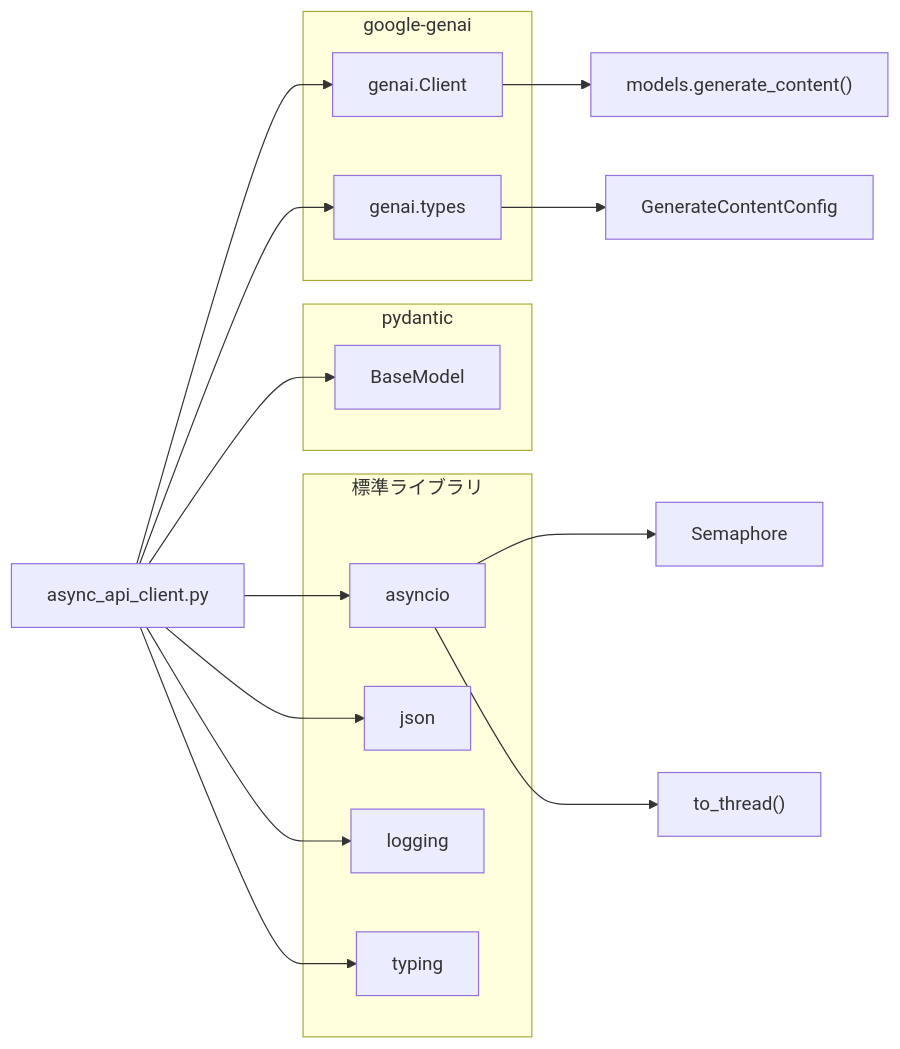
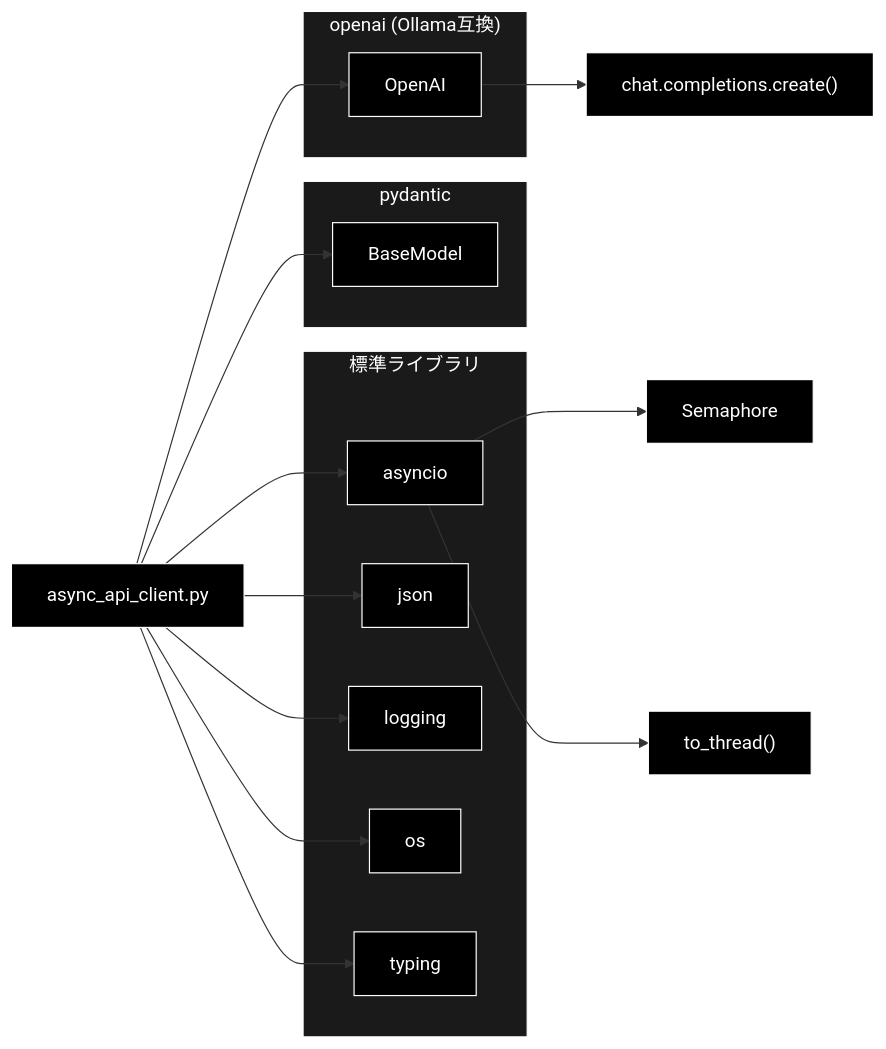
One commit to nakashima2toshio/ollama_grace_agent_v2 changed the third of 5 diagrams in chunking/doc/async_api_client.md. Above: the diagram before and after it, drawn with Mermaid. The commit also changed other lines of this file and 13 other files, not shown here.

````diff
--- a/chunking/doc/async_api_client.md
+++ b/chunking/doc/async_api_client.md
@@ -638,33 +637,38 @@
 ```mermaid
 flowchart LR
     ASYNC[async_api_client.py]
 
-    subgraph GOOGLE["google-genai"]
-        GENAI[genai.Client]
-        TYPES[genai.types]
+    subgraph GOOGLE["openai (Ollama互換)"]
+        GENAI["OpenAI"]
     end
 
     subgraph PYDANTIC["pydantic"]
         BASEMODEL[BaseModel]
     end
 
     subgraph STDLIB["標準ライブラリ"]
         ASYNCIO[asyncio]
         JSON[json]
         LOGGING[logging]
+        OS[os]
         TYPING[typing]
     end
 
     ASYNC --> GENAI
-    ASYNC --> TYPES
     ASYNC --> BASEMODEL
     ASYNC --> ASYNCIO
     ASYNC --> JSON
     ASYNC --> LOGGING
+    ASYNC --> OS
     ASYNC --> TYPING
 
-    GENAI --> GEN_CONTENT["models.generate_content()"]
-    TYPES --> CONFIG["GenerateContentConfig"]
+    GENAI --> GEN_CONTENT["chat.completions.create()"]
     ASYNCIO --> SEMAPHORE["Semaphore"]
     ASYNCIO --> TO_THREAD["to_thread()"]
+classDef default fill:#000,stroke:#fff,color:#fff
+classDef subgraphStyle fill:#1a1a1a,stroke:#fff,color:#fff
+class ASYNC,GENAI,BASEMODEL,ASYNCIO,JSON,LOGGING,OS,TYPING,GEN_CONTENT,SEMAPHORE,TO_THREAD default
+style GOOGLE fill:#1a1a1a,stroke:#fff,color:#fff
+style PYDANTIC fill:#1a1a1a,stroke:#fff,color:#fff
+style STDLIB fill:#1a1a1a,stroke:#fff,color:#fff
 ```
````
